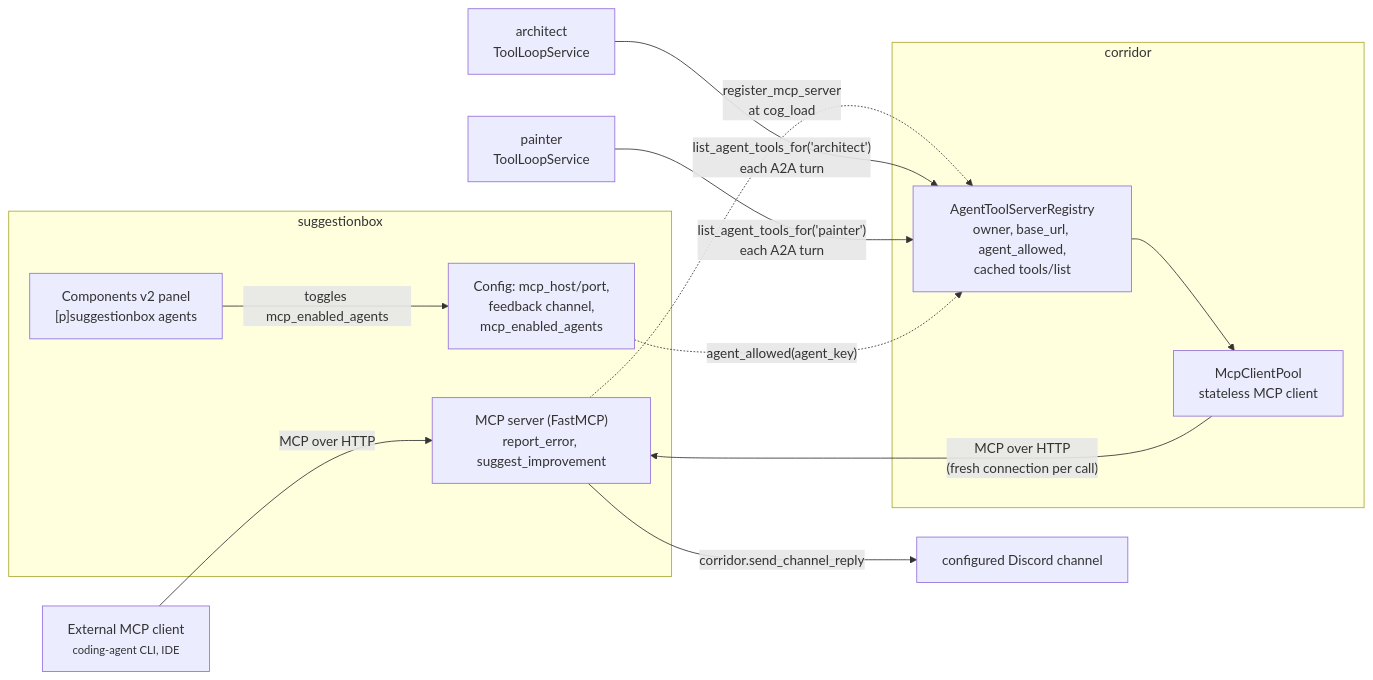
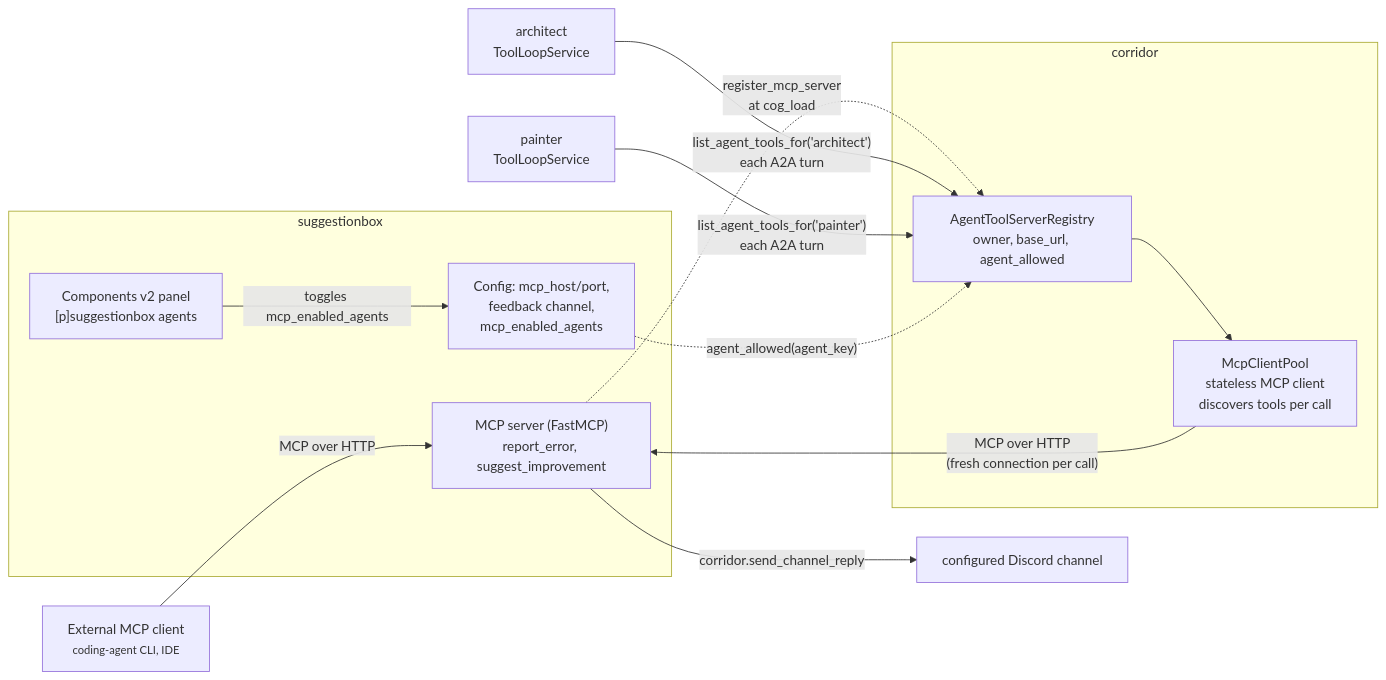
One commit to pixel-agents-hq/pixel-agents-cogs changed the first of 3 diagrams in docs/suggestionbox-design.md. Above: the diagram before and after it, drawn with Mermaid. The commit also changed other lines of this file and 17 other files, not shown here.

First line of the commit message:
feat(animator): native pixel-art-mcp drawing tools with live schema/instructions and image feedback (#92)

````diff
--- a/docs/suggestionbox-design.md
+++ b/docs/suggestionbox-design.md
@@ -33,28 +33,28 @@
 ```mermaid
 flowchart LR
     subgraph SBox["suggestionbox"]
         MCP["MCP server (FastMCP)<br/>report_error, suggest_improvement"]
         Panel["Components v2 panel<br/>[p]suggestionbox agents"]
         Cfg["Config: mcp_host/port,<br/>feedback channel,<br/>mcp_enabled_agents"]
     end
 
     subgraph Corridor["corridor"]
-        Registry["AgentToolServerRegistry<br/>owner, base_url, agent_allowed,<br/>cached tools/list"]
-        Client["McpClientPool<br/>stateless MCP client"]
+        Registry["AgentToolServerRegistry<br/>owner, base_url, agent_allowed"]
+        Client["McpClientPool<br/>stateless MCP client<br/>discovers tools per call"]
     end
 
     Ext["External MCP client<br/><small>coding-agent CLI, IDE</small>"]
     Arch["architect<br/>ToolLoopService"]
     Paint["painter<br/>ToolLoopService"]
     Chan["configured Discord channel"]
 
     Ext -- "MCP over HTTP" --> MCP
     MCP -.->|"register_mcp_server<br/>at cog_load"| Registry
     Registry --> Client
     Client -- "MCP over HTTP<br/>(fresh connection per call)" --> MCP
     Arch -- "list_agent_tools_for('architect')<br/>each A2A turn" --> Registry
     Paint -- "list_agent_tools_for('painter')<br/>each A2A turn" --> Registry
     Panel -- "toggles mcp_enabled_agents" --> Cfg
     Cfg -. "agent_allowed(agent_key)" .-> Registry
     MCP -- "corridor.send_channel_reply" --> Chan
 ```
````
